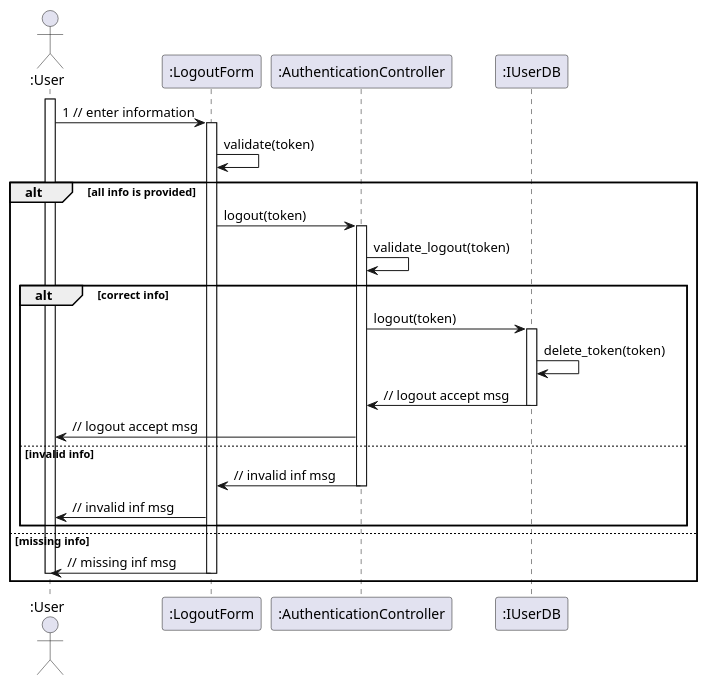
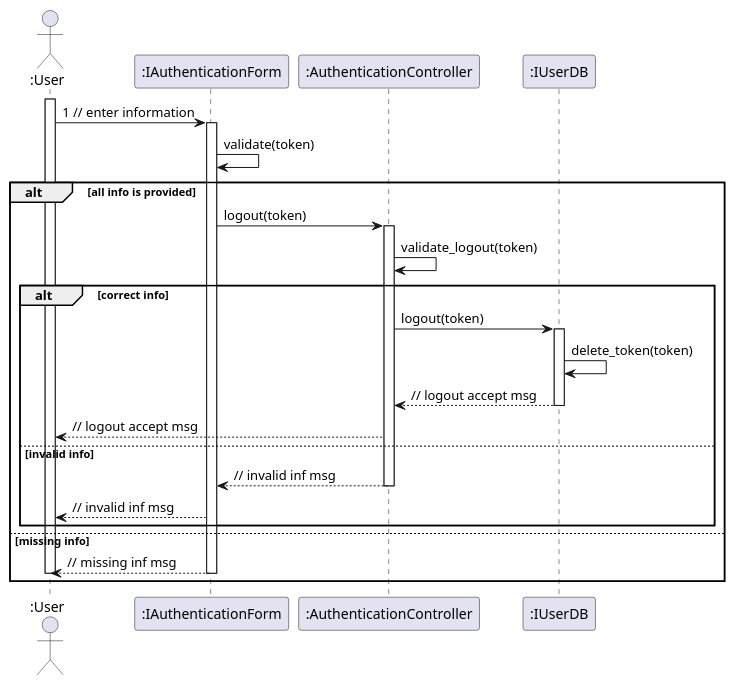
Before and after one commit to anonyhostvn/OOAD-Diagram: the diagram in sequence - design/authentication/logout.plantuml, drawn with PlantUML. The commit also changed 14 other files, not shown here.

Commit message:
sequenceDiagramAuthenticationUpdateFull

```diff
--- a/sequence - design/authentication/logout.plantuml
+++ b/sequence - design/authentication/logout.plantuml
@@ -1,37 +1,37 @@
 @startuml
 actor ":User"
 
 activate ":User"
-":User" -> ":LogoutForm" : 1 // enter information
-activate ":LogoutForm"
-":LogoutForm" -> ":LogoutForm" : validate(token)
+":User" -> ":IAuthenticationForm" : 1 // enter information
+activate ":IAuthenticationForm"
+":IAuthenticationForm" -> ":IAuthenticationForm" : validate(token)
 alt all info is provided
 
-":LogoutForm" -> ":AuthenticationController" : logout(token)
+":IAuthenticationForm" -> ":AuthenticationController" : logout(token)
 activate ":AuthenticationController"
 ":AuthenticationController" -> ":AuthenticationController" : validate_logout(token)
 
 alt correct info
 
 ":AuthenticationController" -> ":IUserDB" : logout(token)
 activate ":IUserDB"
 ":IUserDB" -> ":IUserDB" : delete_token(token)
-":IUserDB" -> ":AuthenticationController" :  // logout accept msg
+":IUserDB" --> ":AuthenticationController" :  // logout accept msg
 deactivate ":IUserDB"
-":AuthenticationController" -> ":User" :  // logout accept msg
+":AuthenticationController" --> ":User" :  // logout accept msg
 
 else invalid info
 
-":AuthenticationController" -> ":LogoutForm" : // invalid inf msg
+":AuthenticationController" --> ":IAuthenticationForm" : // invalid inf msg
 deactivate ":AuthenticationController"
-":LogoutForm" -> ":User" : // invalid inf msg
+":IAuthenticationForm" --> ":User" : // invalid inf msg
 
 end
 
 else missing info
 
-":LogoutForm" -> ":User" : // missing inf msg
-deactivate ":LogoutForm"
+":IAuthenticationForm" --> ":User" : // missing inf msg
+deactivate ":IAuthenticationForm"
 deactivate ":User"
 end
 @enduml
```
